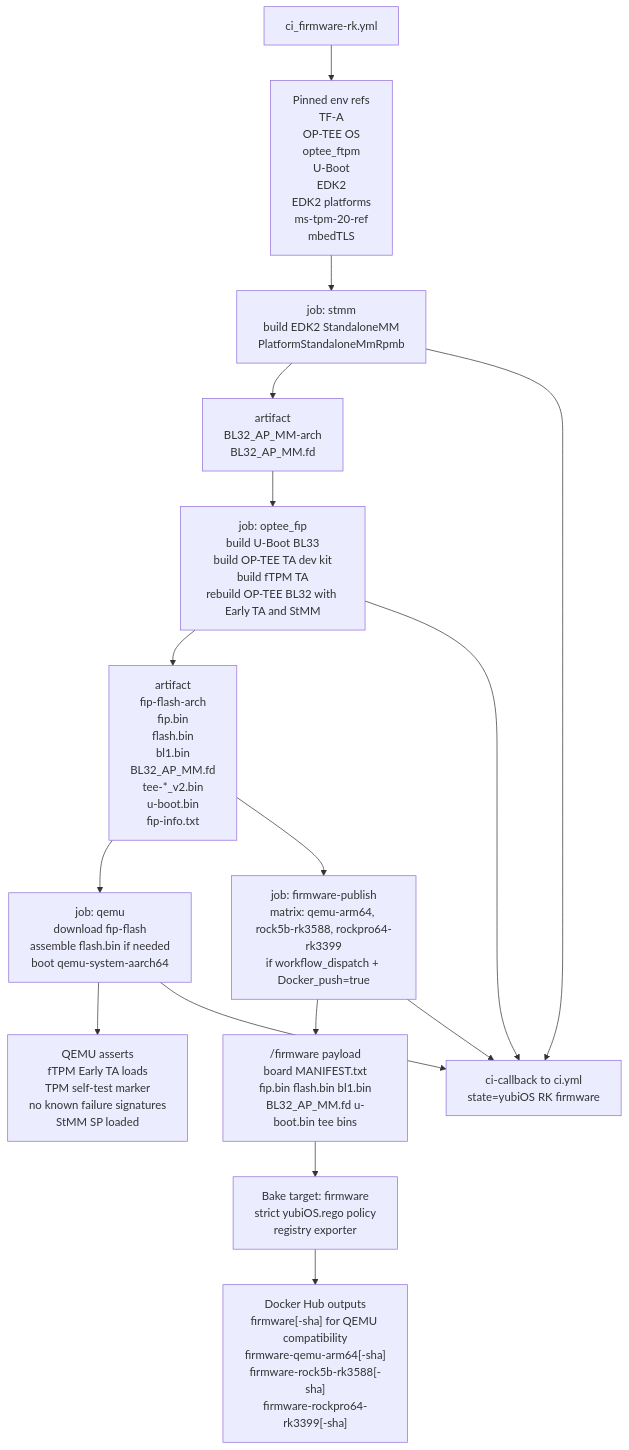
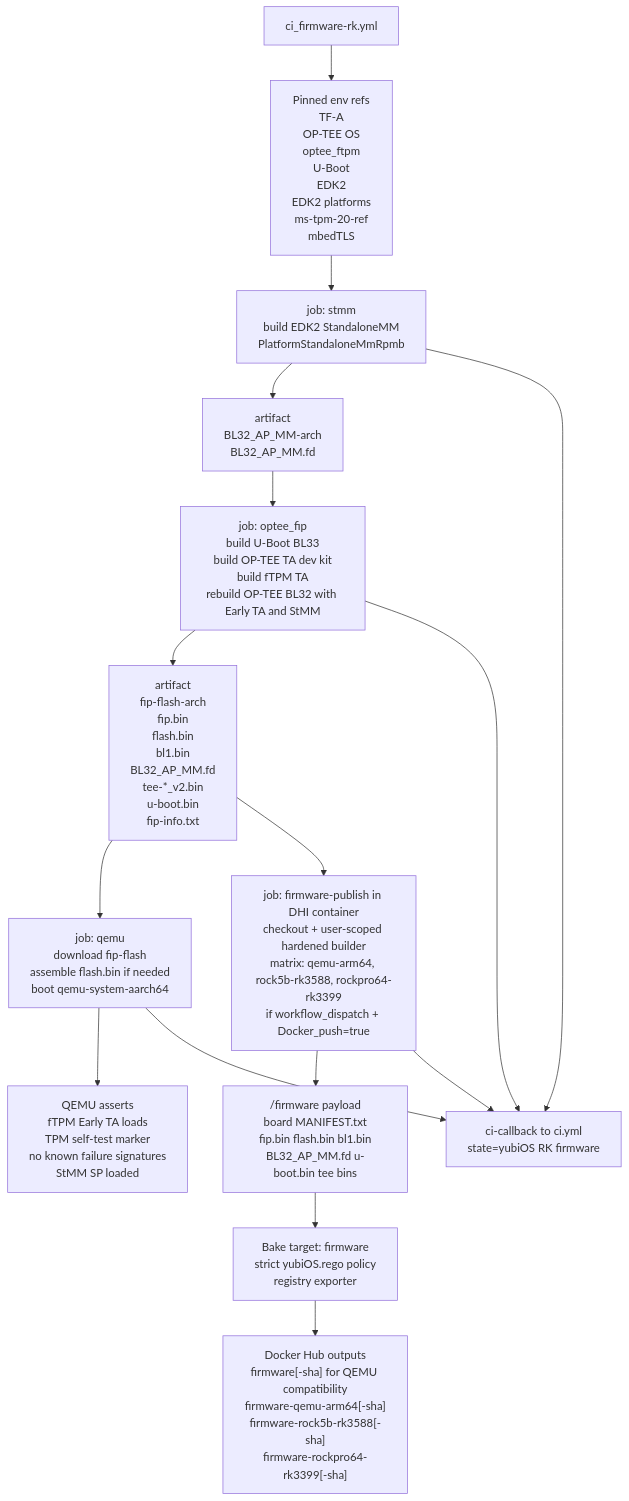
The third of 8 diagrams in CI_MAP.md (corning-croak-cable/yubiOS), drawn with Mermaid before and after one commit. The commit also changed other lines of this file and 3 other files, not shown here.

````diff
--- a/CI_MAP.md
+++ b/CI_MAP.md
@@ -126,24 +126,24 @@
 ```mermaid
 flowchart TD
     wf["ci_firmware-rk.yml"]
     refs["Pinned env refs\nTF-A\nOP-TEE OS\noptee_ftpm\nU-Boot\nEDK2\nEDK2 platforms\nms-tpm-20-ref\nmbedTLS"]
     stmm["job: stmm\nbuild EDK2 StandaloneMM\nPlatformStandaloneMmRpmb"]
     stmm_out["artifact\nBL32_AP_MM-arch\nBL32_AP_MM.fd"]
     optee["job: optee_fip\nbuild U-Boot BL33\nbuild OP-TEE TA dev kit\nbuild fTPM TA\nrebuild OP-TEE BL32 with Early TA and StMM"]
     optee_out["artifact\nfip-flash-arch\nfip.bin\nflash.bin\nbl1.bin\nBL32_AP_MM.fd\ntee-*_v2.bin\nu-boot.bin\nfip-info.txt"]
     qemu["job: qemu\ndownload fip-flash\nassemble flash.bin if needed\nboot qemu-system-aarch64"]
     asserts["QEMU asserts\nfTPM Early TA loads\nTPM self-test marker\nno known failure signatures\nStMM SP loaded"]
-    publish["job: firmware-publish\nmatrix: qemu-arm64, rock5b-rk3588, rockpro64-rk3399\nif workflow_dispatch + Docker_push=true"]
+    publish["job: firmware-publish in DHI container\ncheckout + user-scoped hardened builder\nmatrix: qemu-arm64, rock5b-rk3588, rockpro64-rk3399\nif workflow_dispatch + Docker_push=true"]
     fw_payload["/firmware payload\nboard MANIFEST.txt\nfip.bin flash.bin bl1.bin\nBL32_AP_MM.fd u-boot.bin tee bins"]
     bake["Bake target: firmware\nstrict yubiOS.rego policy\nregistry exporter"]
     fw_registry["Docker Hub outputs\nfirmware[-sha] for QEMU compatibility\nfirmware-qemu-arm64[-sha]\nfirmware-rock5b-rk3588[-sha]\nfirmware-rockpro64-rk3399[-sha]"]
     cb["ci-callback to ci.yml\nstate=yubiOS RK firmware"]
 
     wf --> refs
     refs --> stmm --> stmm_out --> optee --> optee_out --> qemu --> asserts
     optee_out --> publish --> fw_payload --> bake --> fw_registry
     stmm --> cb
     optee --> cb
     qemu --> cb
     publish --> cb
 ```
````
